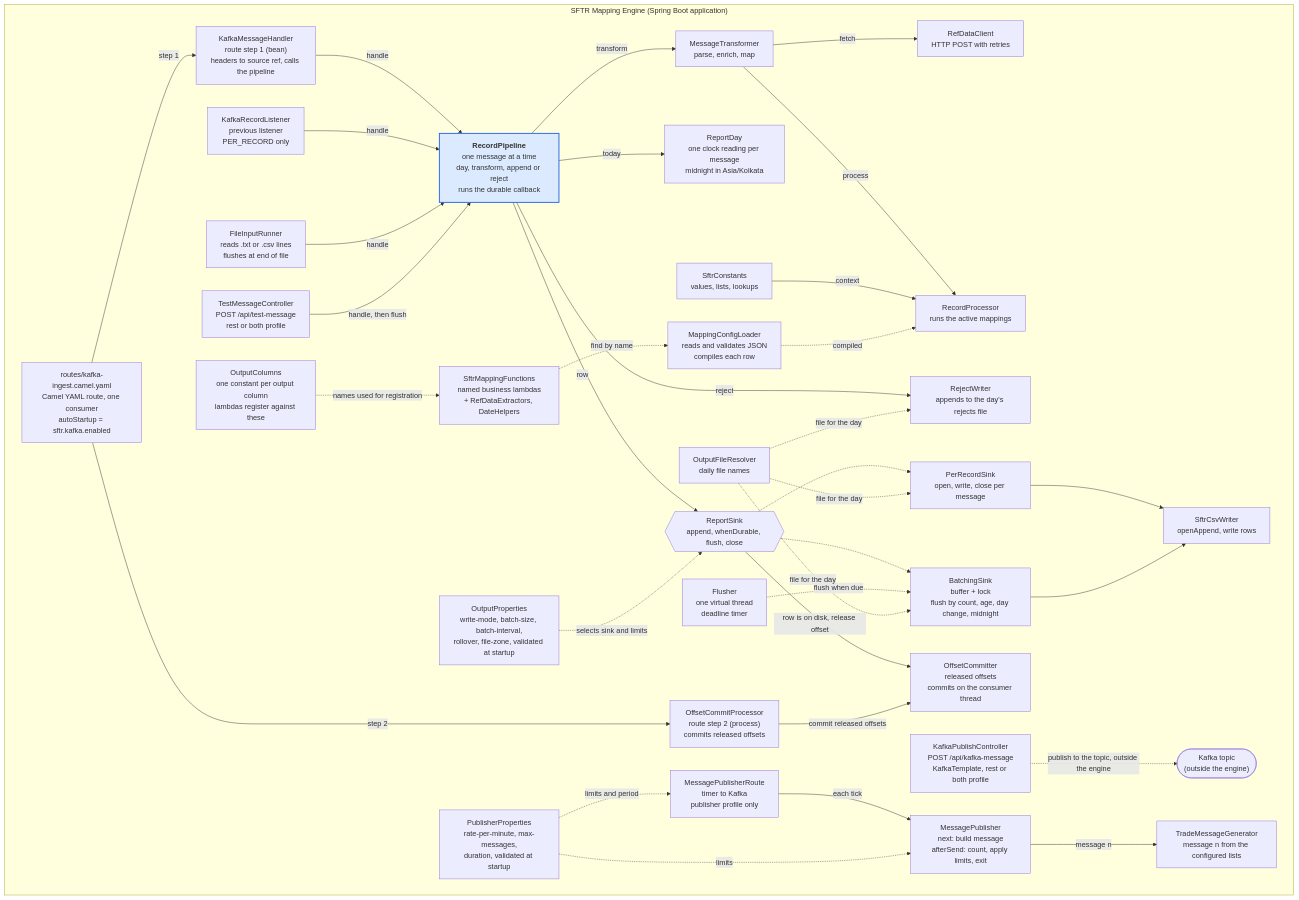
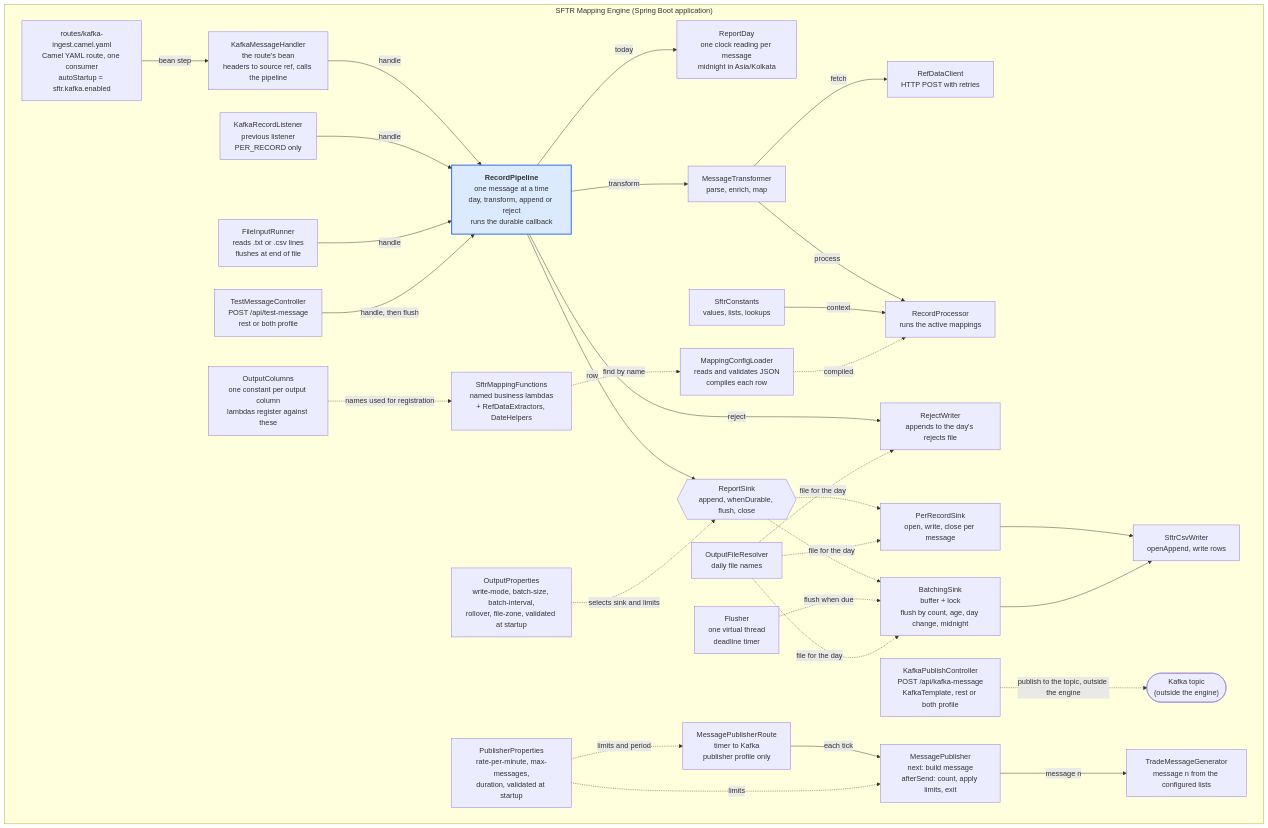
One commit to shanregs/msg-transformer changed the third of 15 diagrams in docs/c4-architecture.md. Above: the diagram before and after it, drawn with Mermaid. The commit also changed other lines of this file and 14 other files, not shown here.

First line of the commit message:
Simplify the Kafka consumer: default Camel offset handling (#12)

````diff
--- a/docs/c4-architecture.md
+++ b/docs/c4-architecture.md
@@ -47,70 +45,65 @@
 ```mermaid
 flowchart TB
     subgraph engine["SFTR Mapping Engine (Spring Boot application)"]
         route["routes/kafka-ingest.camel.yaml<br/>Camel YAML route, one consumer<br/>autoStartup = sftr.kafka.enabled"]
-        handler["KafkaMessageHandler<br/>route step 1 (bean)<br/>headers to source ref, calls the pipeline"]
-        cproc["OffsetCommitProcessor<br/>route step 2 (process)<br/>commits released offsets"]
+        handler["KafkaMessageHandler<br/>the route's bean<br/>headers to source ref, calls the pipeline"]
         legacy["KafkaRecordListener<br/>previous listener<br/>PER_RECORD only"]
         file["FileInputRunner<br/>reads .txt or .csv lines<br/>flushes at end of file"]
         rest["TestMessageController<br/>POST /api/test-message<br/>rest or both profile"]
         kpub["KafkaPublishController<br/>POST /api/kafka-message<br/>KafkaTemplate, rest or both profile"]
         pipe["<b>RecordPipeline</b><br/>one message at a time<br/>day, transform, append or reject<br/>runs the durable callback"]
         day["ReportDay<br/>one clock reading per message<br/>midnight in Asia/Kolkata"]
         tf["MessageTransformer<br/>parse, enrich, map"]
         ref["RefDataClient<br/>HTTP POST with retries"]
         proc["RecordProcessor<br/>runs the active mappings"]
         sink{{"ReportSink<br/>append, whenDurable, flush, close"}}
         per["PerRecordSink<br/>open, write, close per message"]
         batch["BatchingSink<br/>buffer + lock<br/>flush by count, age, day change, midnight"]
         timer["Flusher<br/>one virtual thread<br/>deadline timer"]
         rej["RejectWriter<br/>appends to the day's rejects file"]
         csv["SftrCsvWriter<br/>openAppend, write rows"]
         files["OutputFileResolver<br/>daily file names"]
-        commit["OffsetCommitter<br/>released offsets<br/>commits on the consumer thread"]
         props["OutputProperties<br/>write-mode, batch-size, batch-interval,<br/>rollover, file-zone, validated at startup"]
         loader["MappingConfigLoader<br/>reads and validates JSON<br/>compiles each row"]
         fns["SftrMappingFunctions<br/>named business lambdas<br/>+ RefDataExtractors, DateHelpers"]
         cols["OutputColumns<br/>one constant per output column<br/>lambdas register against these"]
         consts["SftrConstants<br/>values, lists, lookups"]
         ptimer["MessagePublisherRoute<br/>timer to Kafka<br/>publisher profile only"]
         pub["MessagePublisher<br/>next: build message<br/>afterSend: count, apply limits, exit"]
         gen["TradeMessageGenerator<br/>message n from the configured lists"]
         pprops["PublisherProperties<br/>rate-per-minute, max-messages,<br/>duration, validated at startup"]
         pub_topic(["Kafka topic<br/>(outside the engine)"])
 
-        route -->|step 1| handler
+        route -->|bean step| handler
         handler -->|handle| pipe
-        route -->|step 2| cproc
         legacy -->|handle| pipe
         file -->|handle| pipe
         rest -->|handle, then flush| pipe
         pipe -->|today| day
         pipe -->|transform| tf
         tf -->|fetch| ref
         tf -->|process| proc
         consts -->|context| proc
         pipe -->|row| sink
         pipe -->|reject| rej
         sink -.-> per
         sink -.-> batch
         timer -.->|flush when due| batch
         per --> csv
         batch --> csv
         files -.->|file for the day| per
         files -.->|file for the day| batch
         files -.->|file for the day| rej
-        sink -->|row is on disk, release offset| commit
-        cproc -->|commit released offsets| commit
         props -.->|selects sink and limits| sink
         loader -.->|compiled| proc
         fns -.->|find by name| loader
         cols -.->|names used for registration| fns
         kpub -.->|publish to the topic, outside the engine| pub_topic
         ptimer -->|each tick| pub
         pub -->|message n| gen
         pprops -.->|limits and period| ptimer
         pprops -.->|limits| pub
     end
 
     style pipe fill:#dbeafe,stroke:#2563eb,stroke-width:2px
 ```
````
